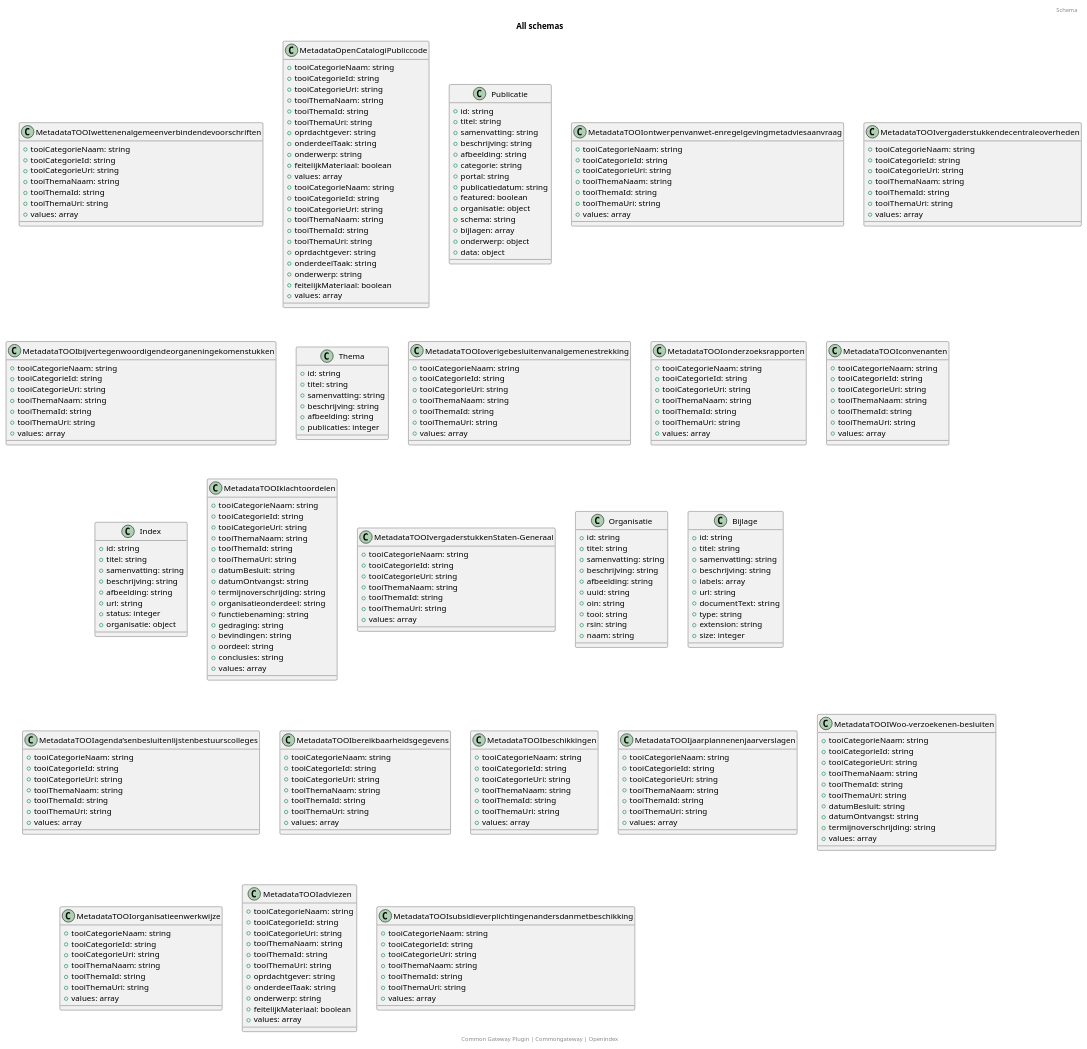
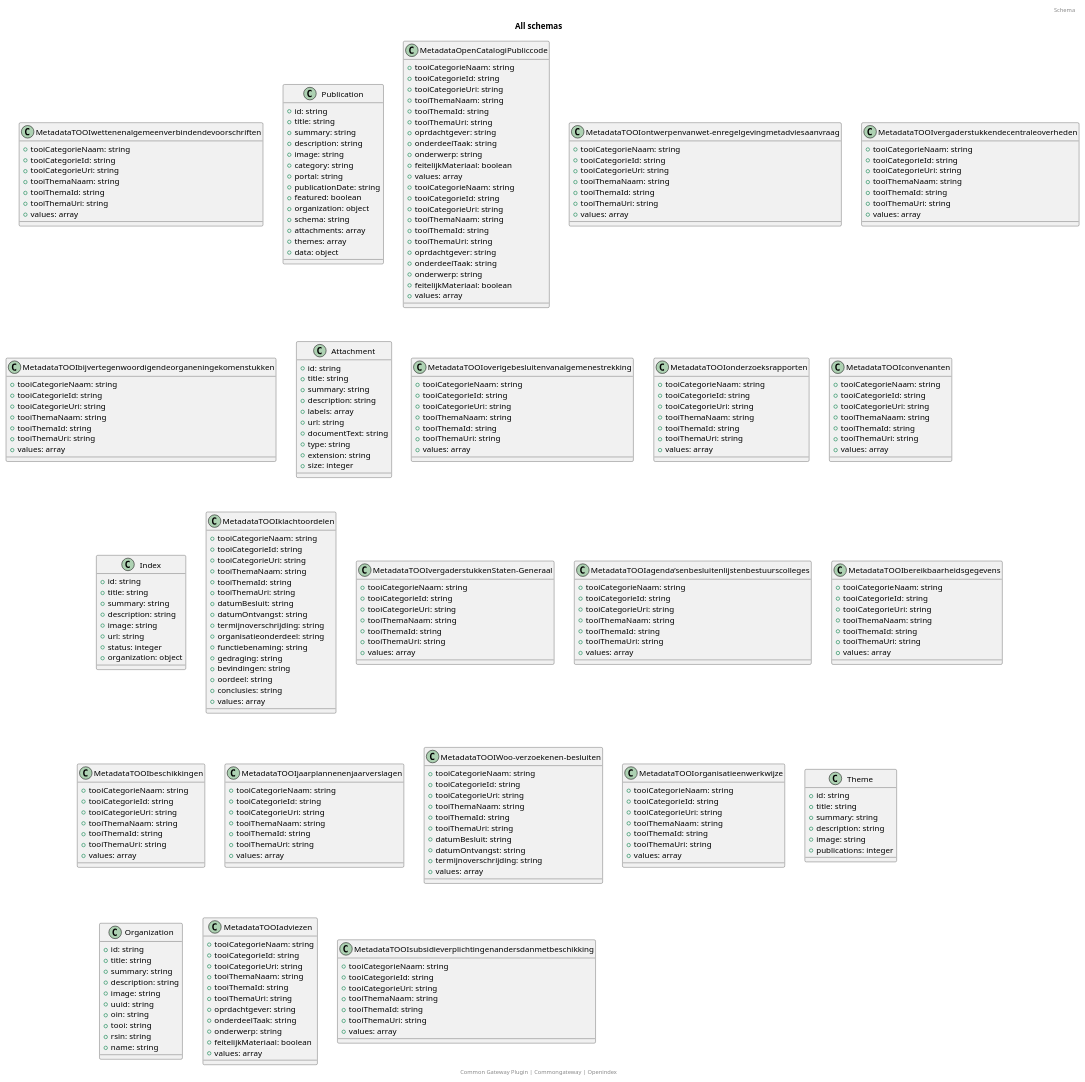
Before and after one commit to CommonGateway/OpenIndex: the diagram in docs/schema/all_schema_classes.puml, drawn with PlantUML. The commit also changed 10 other files, not shown here.

```diff
--- a/docs/schema/all_schema_classes.puml
+++ b/docs/schema/all_schema_classes.puml
@@ -11,6 +11,22 @@
   + tooiThemaUri: string
   + values: array
 }
+class Publication {
+  + id: string
+  + title: string
+  + summary: string
+  + description: string
+  + image: string
+  + category: string
+  + portal: string
+  + publicationDate: string
+  + featured: boolean
+  + organization: object
+  + schema: string
+  + attachments: array
+  + themes: array
+  + data: object
+}
 class MetadataOpenCatalogiPubliccode {
   + tooiCategorieNaam: string
   + tooiCategorieId: string
@@ -23,22 +39,6 @@
   + onderwerp: string
   + feitelijkMateriaal: boolean
   + values: array
-}
-class Publicatie {
-  + id: string
-  + titel: string
-  + samenvatting: string
-  + beschrijving: string
-  + afbeelding: string
-  + categorie: string
-  + portal: string
-  + publicatiedatum: string
-  + featured: boolean
-  + organisatie: object
-  + schema: string
-  + bijlagen: array
-  + onderwerp: object
-  + data: object
 }
 class MetadataTOOIontwerpenvanwet-enregelgevingmetadviesaanvraag {
   + tooiCategorieNaam: string
@@ -67,13 +67,17 @@
   + tooiThemaUri: string
   + values: array
 }
-class Thema {
+class Attachment {
   + id: string
-  + titel: string
-  + samenvatting: string
-  + beschrijving: string
-  + afbeelding: string
-  + publicaties: integer
+  + title: string
+  + summary: string
+  + description: string
+  + labels: array
+  + url: string
+  + documentText: string
+  + type: string
+  + extension: string
+  + size: integer
 }
 class MetadataOpenCatalogiPubliccode {
   + tooiCategorieNaam: string
@@ -117,13 +121,13 @@
 }
 class Index {
   + id: string
-  + titel: string
-  + samenvatting: string
-  + beschrijving: string
-  + afbeelding: string
+  + title: string
+  + summary: string
+  + description: string
+  + image: string
   + url: string
   + status: integer
-  + organisatie: object
+  + organization: object
 }
 class MetadataTOOIklachtoordelen {
   + tooiCategorieNaam: string
@@ -151,30 +155,6 @@
   + tooiThemaId: string
   + tooiThemaUri: string
   + values: array
-}
-class Organisatie {
-  + id: string
-  + titel: string
-  + samenvatting: string
-  + beschrijving: string
-  + afbeelding: string
-  + uuid: string
-  + oin: string
-  + tooi: string
-  + rsin: string
-  + naam: string
-}
-class Bijlage {
-  + id: string
-  + titel: string
-  + samenvatting: string
-  + beschrijving: string
-  + labels: array
-  + url: string
-  + documentText: string
-  + type: string
-  + extension: string
-  + size: integer
 }
 class MetadataTOOIagenda’senbesluitenlijstenbestuurscolleges {
   + tooiCategorieNaam: string
@@ -233,6 +213,26 @@
   + tooiThemaUri: string
   + values: array
 }
+class Theme {
+  + id: string
+  + title: string
+  + summary: string
+  + description: string
+  + image: string
+  + publications: integer
+}
+class Organization {
+  + id: string
+  + title: string
+  + summary: string
+  + description: string
+  + image: string
+  + uuid: string
+  + oin: string
+  + tooi: string
+  + rsin: string
+  + name: string
+}
 class MetadataTOOIadviezen {
   + tooiCategorieNaam: string
   + tooiCategorieId: string
```
